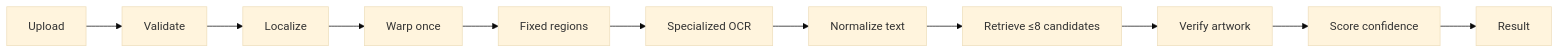
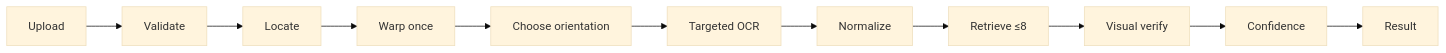
The diagram in docs/recognition-pipeline.md (AaronDN1/PokeScan), drawn with Mermaid (base theme) before and after one commit. The commit also changed other lines of this file and 70 other files, not shown here.

````diff
--- a/docs/recognition-pipeline.md
+++ b/docs/recognition-pipeline.md
@@ -5,6 +3,6 @@
 ```mermaid
 flowchart LR
-  U["Upload"] --> V["Validate"] --> L["Localize"] --> W["Warp once"]
-  W --> R["Fixed regions"] --> O["Specialized OCR"] --> N["Normalize text"]
-  N --> C["Retrieve ≤8 candidates"] --> A["Verify artwork"] --> S["Score confidence"] --> X["Result"]
+  U["Upload"] --> V["Validate"] --> L["Locate"] --> W["Warp once"]
+  W --> O["Choose orientation"] --> T["Targeted OCR"] --> N["Normalize"]
+  N --> C["Retrieve ≤8"] --> A["Visual verify"] --> S["Confidence"] --> X["Result"]
 ```
````
